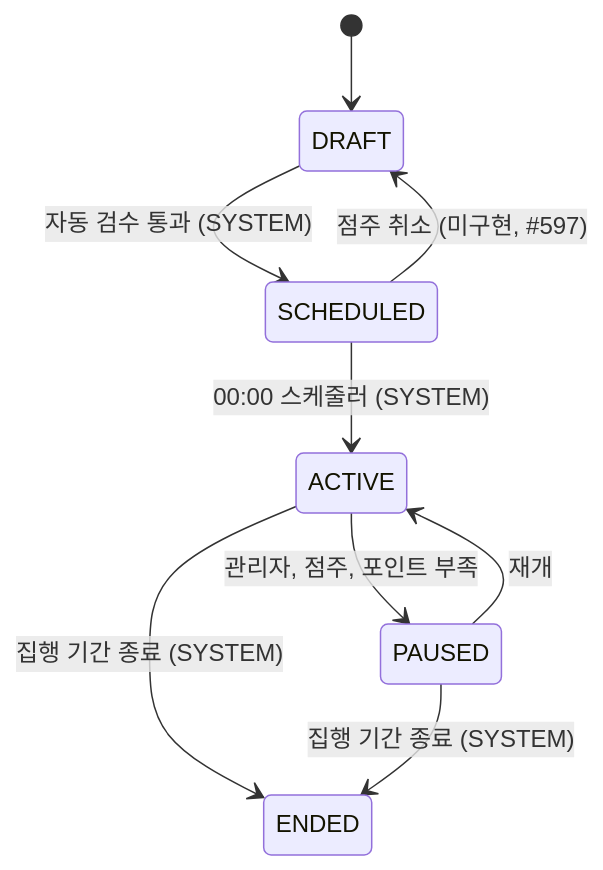
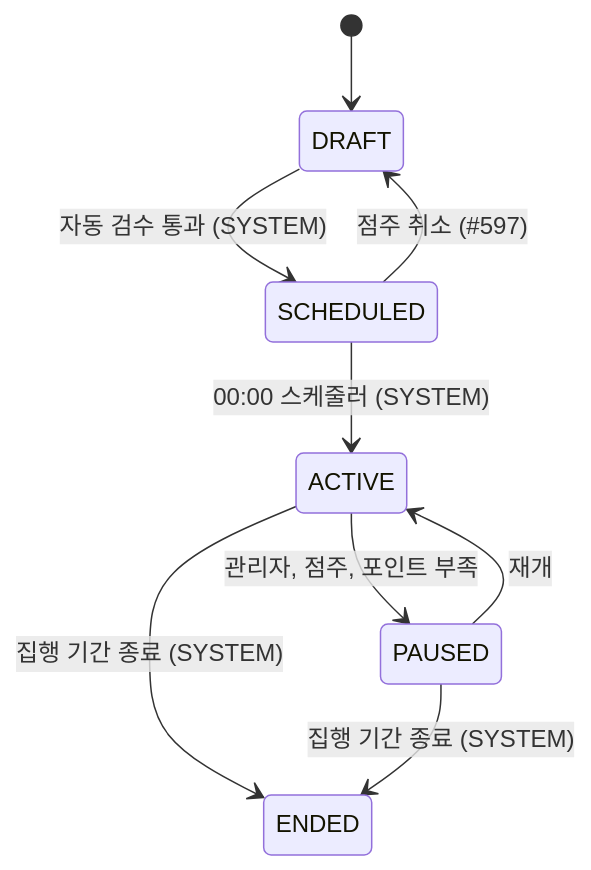
One commit to lunch-catch/lc-backend changed the second of 4 diagrams in docs/design/campaign/campaign_구조와_동작_설계.md. Above: the diagram before and after it, drawn with Mermaid. The commit also changed other lines of this file and 2 other files, not shown here.

Commit message:
[Docs] SCHEDULED 캠페인 취소 API 명세와 설계를 적는다 (#597)

````diff
--- a/docs/design/campaign/campaign_구조와_동작_설계.md
+++ b/docs/design/campaign/campaign_구조와_동작_설계.md
@@ -135,11 +135,11 @@
 ```mermaid
 stateDiagram-v2
     [*] --> DRAFT
     DRAFT --> SCHEDULED: 자동 검수 통과 (SYSTEM)
-    SCHEDULED --> DRAFT: 점주 취소 (미구현, #597)
+    SCHEDULED --> DRAFT: 점주 취소 (#597)
     SCHEDULED --> ACTIVE: 00:00 스케줄러 (SYSTEM)
     ACTIVE --> PAUSED: 관리자, 점주, 포인트 부족
     PAUSED --> ACTIVE: 재개
     ACTIVE --> ENDED: 집행 기간 종료 (SYSTEM)
     PAUSED --> ENDED: 집행 기간 종료 (SYSTEM)
 ```
````
